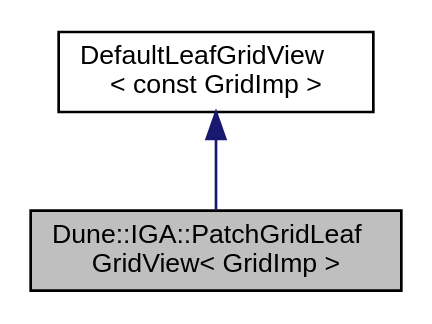
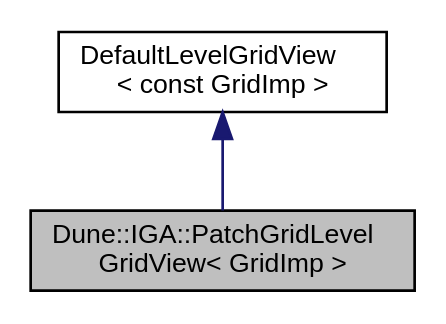
The diagram in da/da1/a01258.dot (rath3t/dune-iga-doc), drawn with Graphviz before and after one commit. The commit also changed 1366 other files, not shown here.

Commit message:
deploy: rath3t/dune-iga@969adfa9f2f619d4a726f631c2d194354445b194

```diff
--- a/da/da1/a01258.dot
+++ b/da/da1/a01258.dot
@@ -1,9 +1,9 @@
-digraph "Dune::IGA::PatchGridLeafGridView&lt; GridImp &gt;"
+digraph "Dune::IGA::PatchGridLevelGridView&lt; GridImp &gt;"
 {
  // LATEX_PDF_SIZE
   edge [fontname="Helvetica",fontsize="10",labelfontname="Helvetica",labelfontsize="10"];
   node [fontname="Helvetica",fontsize="10",shape=record];
-  Node1 [label="Dune::IGA::PatchGridLeaf\lGridView\< GridImp \>",height=0.2,width=0.4,color="black", fillcolor="grey75", style="filled", fontcolor="black",tooltip=" "];
+  Node1 [label="Dune::IGA::PatchGridLevel\lGridView\< GridImp \>",height=0.2,width=0.4,color="black", fillcolor="grey75", style="filled", fontcolor="black",tooltip=" "];
   Node2 -> Node1 [dir="back",color="midnightblue",fontsize="10",style="solid",fontname="Helvetica"];
-  Node2 [label="DefaultLeafGridView\l\< const GridImp \>",height=0.2,width=0.4,color="black", fillcolor="white", style="filled",tooltip=" "];
+  Node2 [label="DefaultLevelGridView\l\< const GridImp \>",height=0.2,width=0.4,color="black", fillcolor="white", style="filled",tooltip=" "];
 }
```
